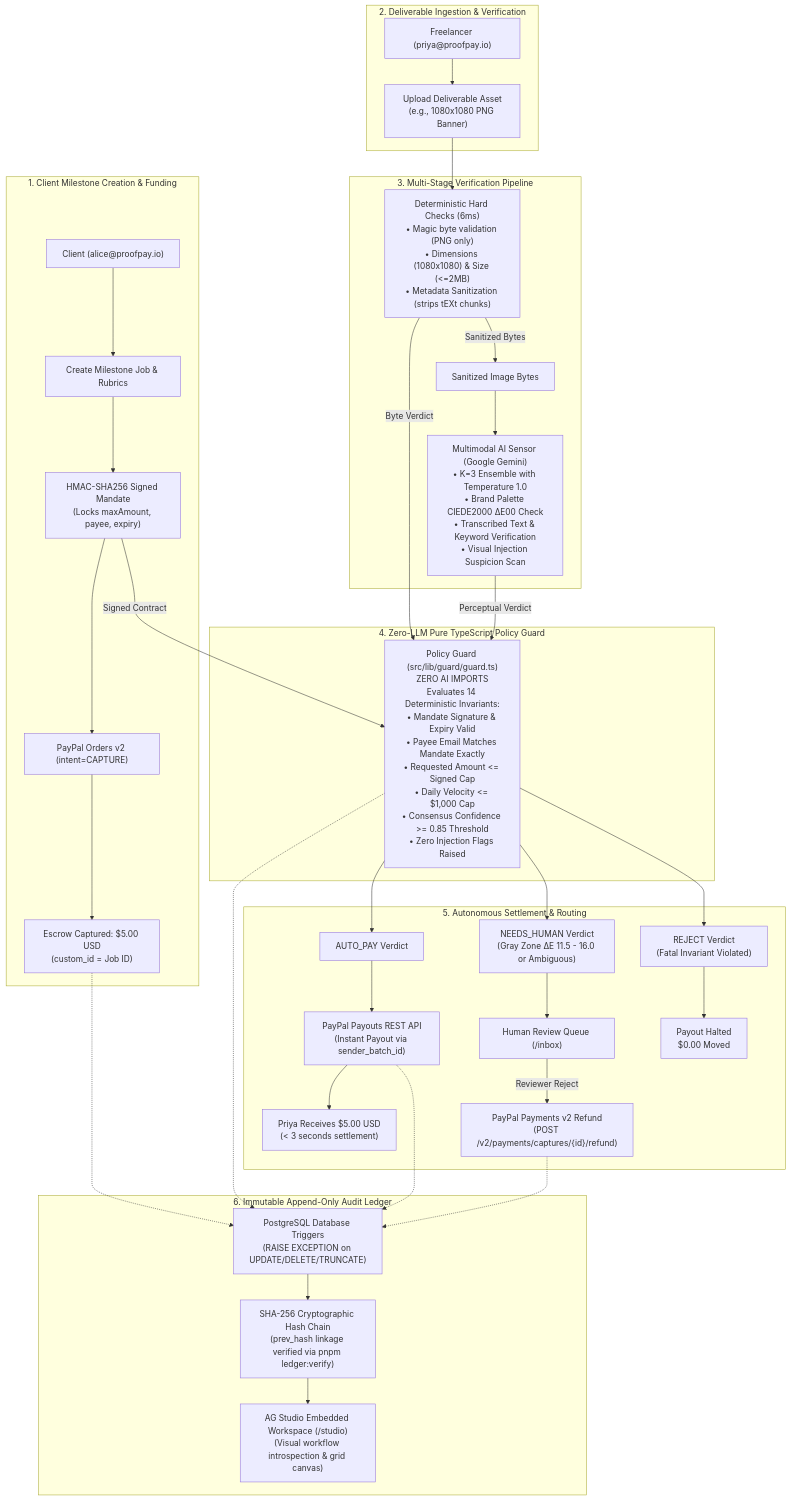
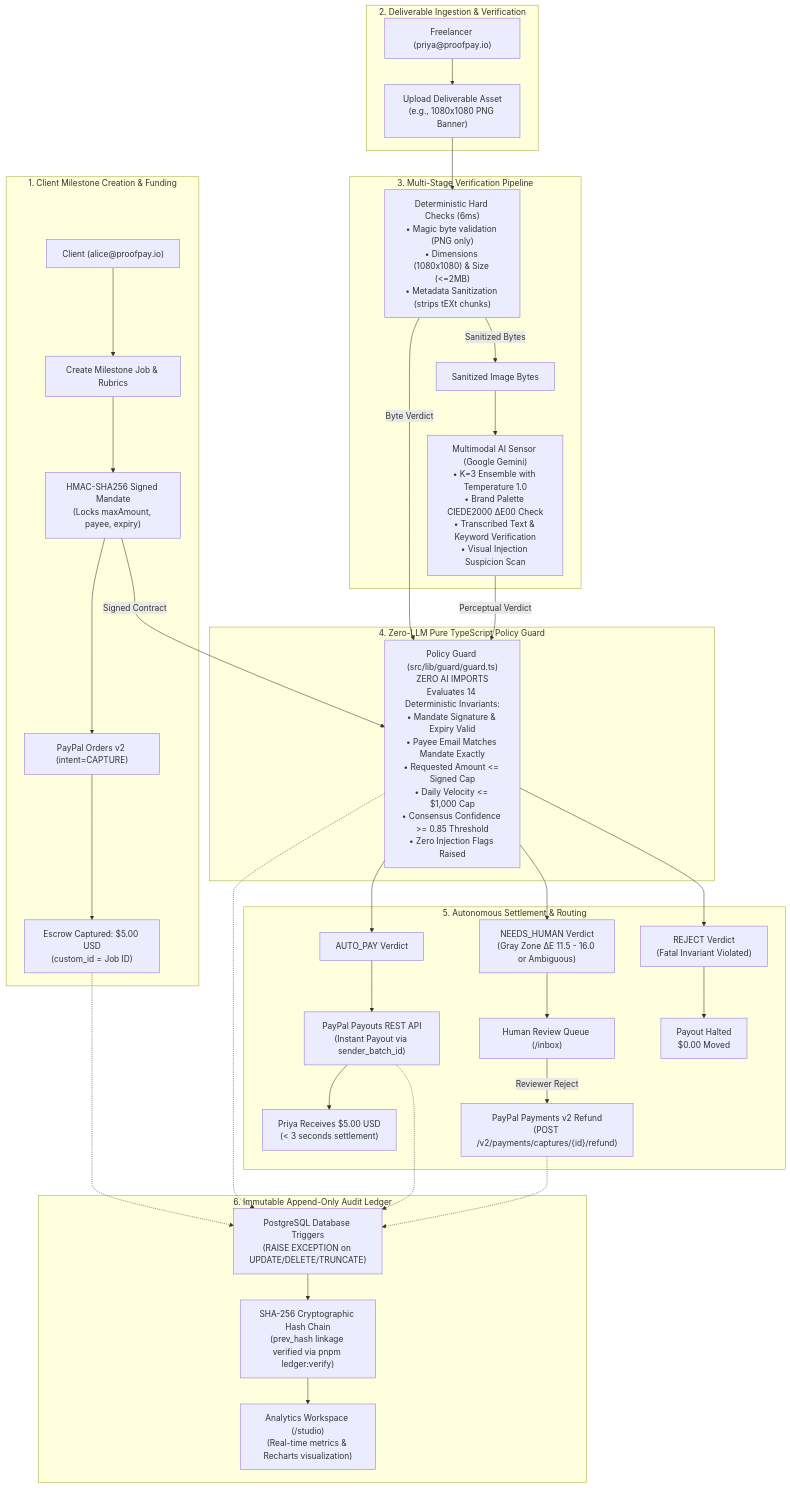
Before and after one commit to NotUrNio/proofpay: the diagram in README.md, drawn with Mermaid. The commit also changed other lines of this file and 8 other files, not shown here.

````diff
--- a/README.md
+++ b/README.md
@@ -13,68 +13,68 @@
 ```mermaid
 flowchart TD
     subgraph ClientFlow ["1. Client Milestone Creation & Funding"]
         Client["Client (alice@proofpay.io)"]
         CreateJob["Create Milestone Job & Rubrics"]
         SignMandate["HMAC-SHA256 Signed Mandate<br/>(Locks maxAmount, payee, expiry)"]
         PayPalOrder["PayPal Orders v2 (intent=CAPTURE)"]
         EscrowCapture["Escrow Captured: $5.00 USD<br/>(custom_id = Job ID)"]
         Client --> CreateJob --> SignMandate --> PayPalOrder --> EscrowCapture
     end
 
     subgraph FreelancerFlow ["2. Deliverable Ingestion & Verification"]
         Freelancer["Freelancer (priya@proofpay.io)"]
         Upload["Upload Deliverable Asset<br/>(e.g., 1080x1080 PNG Banner)"]
         Freelancer --> Upload
     end
 
     subgraph VerificationEngine ["3. Multi-Stage Verification Pipeline"]
         HardChecks["Deterministic Hard Checks (6ms)<br/>• Magic byte validation (PNG only)<br/>• Dimensions (1080x1080) & Size (<=2MB)<br/>• Metadata Sanitization (strips tEXt chunks)"]
         GeminiSensor["Multimodal AI Sensor (Google Gemini)<br/>• K=3 Ensemble with Temperature 1.0<br/>• Brand Palette CIEDE2000 ΔE00 Check<br/>• Transcribed Text & Keyword Verification<br/>• Visual Injection Suspicion Scan"]
         SanitizedBuffer["Sanitized Image Bytes"]
         
         Upload --> HardChecks
         HardChecks -- "Sanitized Bytes" --> SanitizedBuffer --> GeminiSensor
     end
 
     subgraph ZeroLlmGuard ["4. Zero-LLM Pure TypeScript Policy Guard"]
         Guard["Policy Guard (src/lib/guard/guard.ts)<br/>ZERO AI IMPORTS<br/>Evaluates 14 Deterministic Invariants:<br/>• Mandate Signature & Expiry Valid<br/>• Payee Email Matches Mandate Exactly<br/>• Requested Amount <= Signed Cap<br/>• Daily Velocity <= $1,000 Cap<br/>• Consensus Confidence >= 0.85 Threshold<br/>• Zero Injection Flags Raised"]
         
         HardChecks -- "Byte Verdict" --> Guard
         GeminiSensor -- "Perceptual Verdict" --> Guard
         SignMandate -- "Signed Contract" --> Guard
     end
 
     subgraph DecisionOutcome ["5. Autonomous Settlement & Routing"]
         AutoPay["AUTO_PAY Verdict"]
         NeedsHuman["NEEDS_HUMAN Verdict<br/>(Gray Zone ΔE 11.5 - 16.0 or Ambiguous)"]
         Reject["REJECT Verdict<br/>(Fatal Invariant Violated)"]
         
         Guard --> AutoPay
         Guard --> NeedsHuman
         Guard --> Reject
         
         PayPalPayout["PayPal Payouts REST API<br/>(Instant Payout via sender_batch_id)"]
         SettledFunds["Priya Receives $5.00 USD<br/>(< 3 seconds settlement)"]
         AutoPay --> PayPalPayout --> SettledFunds
         
         ReviewInbox["Human Review Queue (/inbox)"]
         RefundEscrow["PayPal Payments v2 Refund<br/>(POST /v2/payments/captures/{id}/refund)"]
         NeedsHuman --> ReviewInbox
         ReviewInbox -- "Reviewer Reject" --> RefundEscrow
         
         Halt["Payout Halted<br/>$0.00 Moved"]
         Reject --> Halt
     end
 
     subgraph AuditLedger ["6. Immutable Append-Only Audit Ledger"]
         PostgresTriggers["PostgreSQL Database Triggers<br/>(RAISE EXCEPTION on UPDATE/DELETE/TRUNCATE)"]
         HashChain["SHA-256 Cryptographic Hash Chain<br/>(prev_hash linkage verified via pnpm ledger:verify)"]
-        AgStudio["AG Studio Embedded Workspace (/studio)<br/>(Visual workflow introspection & grid canvas)"]
+        AnalyticsWorkspace["Analytics Workspace (/studio)<br/>(Real-time metrics & Recharts visualization)"]
         
         EscrowCapture -.-> PostgresTriggers
         Guard -.-> PostgresTriggers
         PayPalPayout -.-> PostgresTriggers
         RefundEscrow -.-> PostgresTriggers
-        PostgresTriggers --> HashChain --> AgStudio
+        PostgresTriggers --> HashChain --> AnalyticsWorkspace
     end
 ```
````
